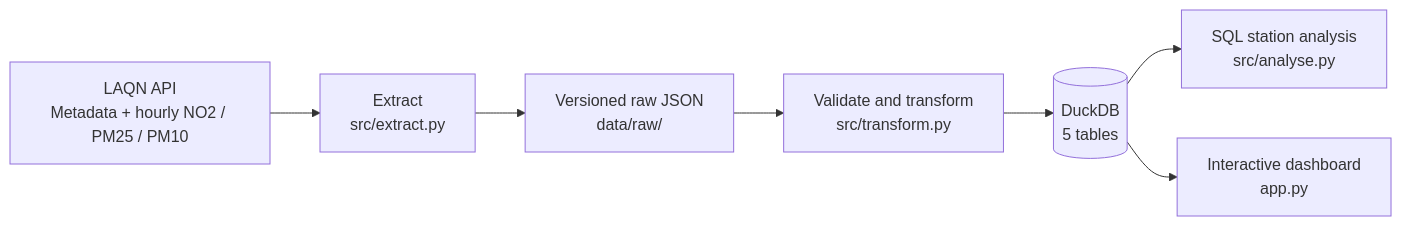
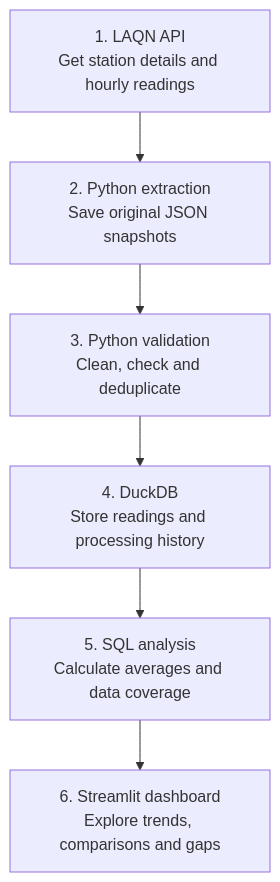
The second of 4 diagrams in README.md (parvathysn10/AirLens-London), drawn with Mermaid before and after one commit. The commit also changed other lines of this file, not shown here.

````diff
--- a/README.md
+++ b/README.md
@@ -105,13 +120,10 @@
 ```mermaid
-flowchart LR
-    A["LAQN API<br/>Metadata + hourly NO2 / PM25 / PM10"]
-    B["Extract<br/>src/extract.py"]
-    C["Versioned raw JSON<br/>data/raw/"]
-    D["Validate and transform<br/>src/transform.py"]
-    E[("DuckDB<br/>5 tables")]
-    F["SQL station analysis<br/>src/analyse.py"]
-    G["Interactive dashboard<br/>app.py"]
-    A --> B --> C --> D --> E
-    E --> F
-    E --> G
+flowchart TD
+    A["1. LAQN API<br/>Get station details and hourly readings"]
+    B["2. Python extraction<br/>Save original JSON snapshots"]
+    C["3. Python validation<br/>Clean, check and deduplicate"]
+    D["4. DuckDB<br/>Store readings and processing history"]
+    E["5. SQL analysis<br/>Calculate averages and data coverage"]
+    F["6. Streamlit dashboard<br/>Explore trends, comparisons and gaps"]
+    A --> B --> C --> D --> E --> F
 ```
````
